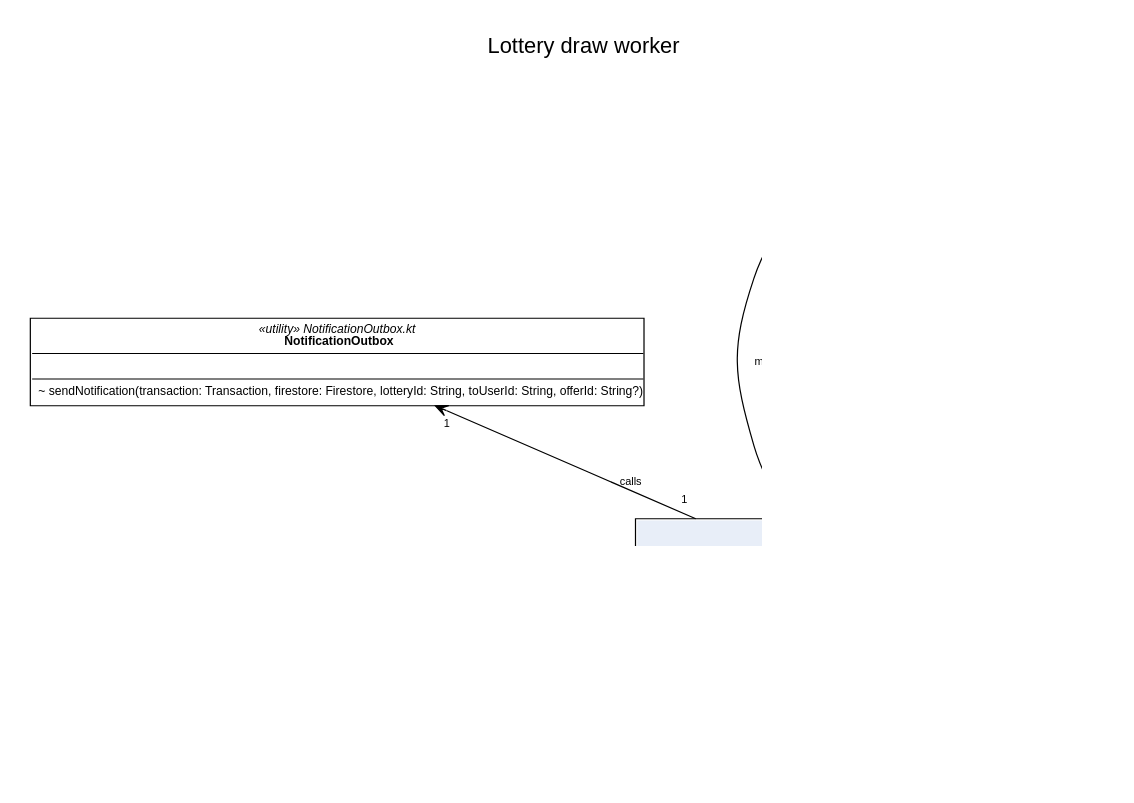
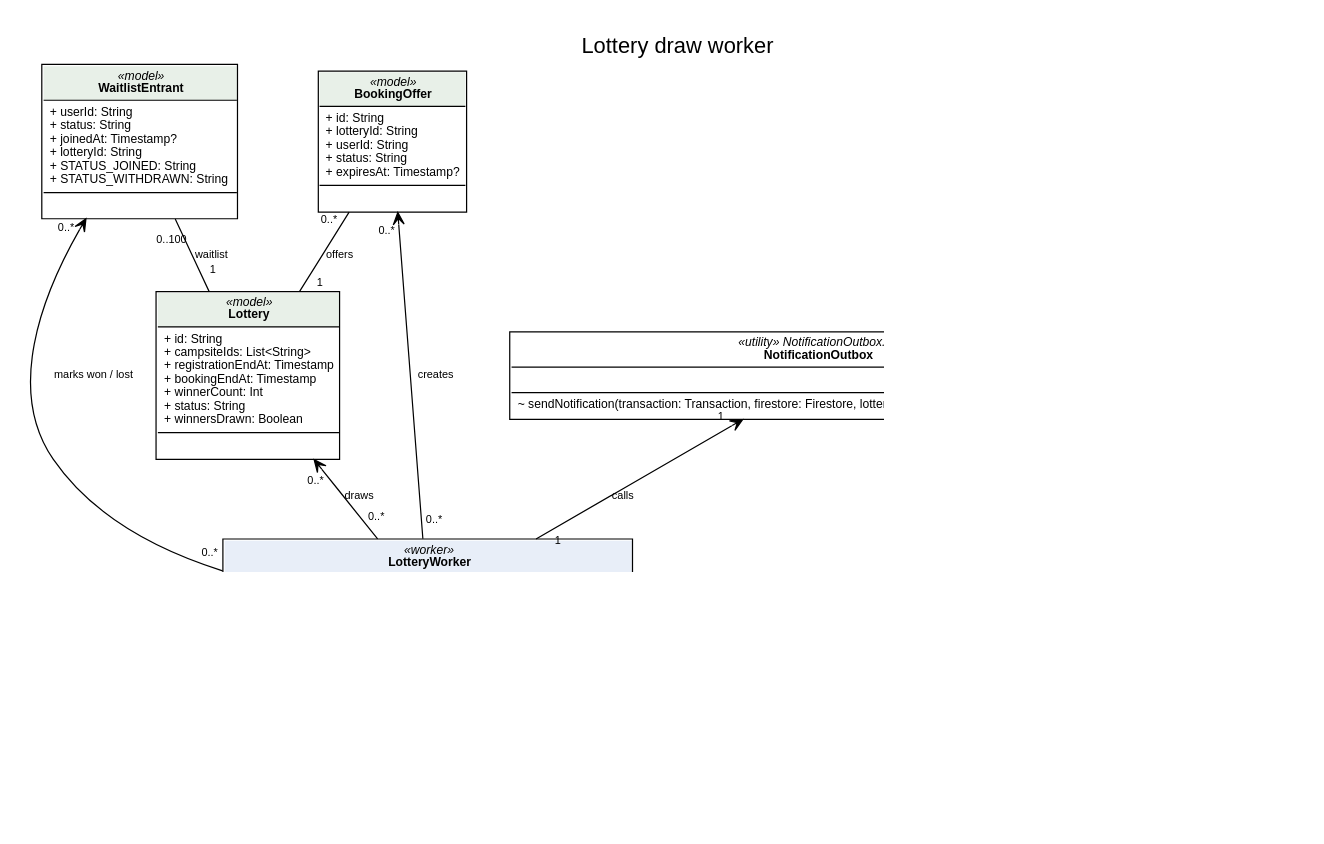
One commit to CMPUT301F26-legion/legion-events changed the diagram in doc/uml/lottery_worker.dot. Above: the diagram before and after it, drawn with Graphviz. The commit also changed 24 other files, not shown here.

Commit message:
Update UML and CRC cards for waitlist and notifications

```diff
--- a/doc/uml/lottery_worker.dot
+++ b/doc/uml/lottery_worker.dot
@@ -1,25 +1,29 @@
 // UML class diagram: lottery draw worker (Person 6)
 // Render with: python3 render.py lottery_worker.dot lottery_worker.png  (needs Graphviz and Google Chrome)
 digraph G {
   graph [rankdir=BT fontname="Liberation Sans" nodesep=0.5 ranksep=0.7 dpi=110 pad=0.3
          label="Lottery draw worker" labelloc=t fontsize=18];
   node  [shape=plain fontname="Liberation Sans" fontsize=10];
   edge  [fontname="Liberation Sans" fontsize=9 labeldistance=1.8 labelangle=35];
   // Notation: extends (hollow triangle), one-way navigability (open arrow), association (plain line),
   // aggregation (hollow diamond on the owner), composition (filled diamond on the owner).
   // taillabel = source multiplicity, headlabel = target multiplicity. Extends has none.
 
-  Main [label=<<TABLE BORDER="1" CELLBORDER="0" CELLSPACING="0" CELLPADDING="4"><TR><TD><I>«utility» Main.kt</I><BR/><B>Main</B></TD></TR><TR><TD ALIGN="LEFT" BALIGN="LEFT" SIDES="T" BORDER="1"> </TD></TR><TR><TD ALIGN="LEFT" BALIGN="LEFT" SIDES="T" BORDER="1">+ main()</TD></TR></TABLE>>];
+  Main [label=<<TABLE BORDER="1" CELLBORDER="0" CELLSPACING="0" CELLPADDING="4"><TR><TD><I>«utility» Main.kt</I><BR/><B>Main</B></TD></TR><TR><TD ALIGN="LEFT" BALIGN="LEFT" SIDES="T" BORDER="1"> </TD></TR><TR><TD ALIGN="LEFT" BALIGN="LEFT" SIDES="T" BORDER="1">+ main(args: Array&lt;String&gt;)<BR/>- sendLotteryPush(messaging: FirebaseMessaging, push: LotteryPush): Boolean</TD></TR></TABLE>>];
   LotteryWorker [label=<<TABLE BORDER="1" CELLBORDER="0" CELLSPACING="0" CELLPADDING="4"><TR><TD BGCOLOR="#e8eef8"><I>«worker»</I><BR/><B>LotteryWorker</B></TD></TR><TR><TD ALIGN="LEFT" BALIGN="LEFT" SIDES="T" BORDER="1">- firestore: Firestore<BR/>- MAX_WAITLIST_LIMIT = 100</TD></TR><TR><TD ALIGN="LEFT" BALIGN="LEFT" SIDES="T" BORDER="1">+ drawDueLotteries(cutoff: Timestamp): Int<BR/>- drawLottery(reference: DocumentReference, cutoff: Timestamp): Boolean<BR/>- DocumentSnapshot.isDue(cutoff: Timestamp): Boolean</TD></TR></TABLE>>];
   NotificationOutbox [label=<<TABLE BORDER="1" CELLBORDER="0" CELLSPACING="0" CELLPADDING="4"><TR><TD><I>«utility» NotificationOutbox.kt</I><BR/><B>NotificationOutbox</B></TD></TR><TR><TD ALIGN="LEFT" BALIGN="LEFT" SIDES="T" BORDER="1"> </TD></TR><TR><TD ALIGN="LEFT" BALIGN="LEFT" SIDES="T" BORDER="1">~ sendNotification(transaction: Transaction, firestore: Firestore, lotteryId: String, toUserId: String, offerId: String?)</TD></TR></TABLE>>];
   Lottery [label=<<TABLE BORDER="1" CELLBORDER="0" CELLSPACING="0" CELLPADDING="4"><TR><TD BGCOLOR="#e8f0e8"><I>«model»</I><BR/><B>Lottery</B></TD></TR><TR><TD ALIGN="LEFT" BALIGN="LEFT" SIDES="T" BORDER="1">+ id: String<BR/>+ campsiteIds: List&lt;String&gt;<BR/>+ registrationEndAt: Timestamp<BR/>+ bookingEndAt: Timestamp<BR/>+ winnerCount: Int<BR/>+ status: String<BR/>+ winnersDrawn: Boolean</TD></TR><TR><TD ALIGN="LEFT" BALIGN="LEFT" SIDES="T" BORDER="1"> </TD></TR></TABLE>>];
-  WaitlistEntrant [label=<<TABLE BORDER="1" CELLBORDER="0" CELLSPACING="0" CELLPADDING="4"><TR><TD BGCOLOR="#e8f0e8"><I>«model»</I><BR/><B>WaitlistEntrant</B></TD></TR><TR><TD ALIGN="LEFT" BALIGN="LEFT" SIDES="T" BORDER="1">+ userId: String<BR/>+ status: String<BR/>+ joinedAt: Timestamp?</TD></TR><TR><TD ALIGN="LEFT" BALIGN="LEFT" SIDES="T" BORDER="1"> </TD></TR></TABLE>>];
+  WaitlistEntrant [label=<<TABLE BORDER="1" CELLBORDER="0" CELLSPACING="0" CELLPADDING="4"><TR><TD BGCOLOR="#e8f0e8"><I>«model»</I><BR/><B>WaitlistEntrant</B></TD></TR><TR><TD ALIGN="LEFT" BALIGN="LEFT" SIDES="T" BORDER="1">+ userId: String<BR/>+ status: String<BR/>+ joinedAt: Timestamp?<BR/>+ lotteryId: String<BR/>+ STATUS_JOINED: String<BR/>+ STATUS_WITHDRAWN: String</TD></TR><TR><TD ALIGN="LEFT" BALIGN="LEFT" SIDES="T" BORDER="1"> </TD></TR></TABLE>>];
   BookingOffer [label=<<TABLE BORDER="1" CELLBORDER="0" CELLSPACING="0" CELLPADDING="4"><TR><TD BGCOLOR="#e8f0e8"><I>«model»</I><BR/><B>BookingOffer</B></TD></TR><TR><TD ALIGN="LEFT" BALIGN="LEFT" SIDES="T" BORDER="1">+ id: String<BR/>+ lotteryId: String<BR/>+ userId: String<BR/>+ status: String<BR/>+ expiresAt: Timestamp?</TD></TR><TR><TD ALIGN="LEFT" BALIGN="LEFT" SIDES="T" BORDER="1"> </TD></TR></TABLE>>];
+  NotificationDelivery [label=<<TABLE BORDER="1" CELLBORDER="0" CELLSPACING="0" CELLPADDING="4"><TR><TD BGCOLOR="#e8eef8"><I>«worker»</I><BR/><B>NotificationDelivery</B></TD></TR><TR><TD ALIGN="LEFT" BALIGN="LEFT" SIDES="T" BORDER="1">- firestore: Firestore<BR/>- sendPush: (LotteryPush) -&gt; Boolean</TD></TR><TR><TD ALIGN="LEFT" BALIGN="LEFT" SIDES="T" BORDER="1">+ deliverPending(): Int<BR/>- prepare(reference: DocumentReference): Prepared<BR/>- finish(reference: DocumentReference, claimId: String, status: String)<BR/>- deliveryFields(status: String): Map&lt;String, Any&gt;</TD></TR></TABLE>>];
+  LotteryPush [label=<<TABLE BORDER="1" CELLBORDER="0" CELLSPACING="0" CELLPADDING="4"><TR><TD><B>LotteryPush</B></TD></TR><TR><TD ALIGN="LEFT" BALIGN="LEFT" SIDES="T" BORDER="1">+ eventId: String<BR/>+ userId: String<BR/>+ type: String<BR/>+ token: String<BR/>+ claimId: String</TD></TR><TR><TD ALIGN="LEFT" BALIGN="LEFT" SIDES="T" BORDER="1"> </TD></TR></TABLE>>];
+  Main -> NotificationDelivery [arrowhead=vee label="creates" taillabel="1" headlabel="0..1"];
+  NotificationDelivery -> LotteryPush [arrowhead=vee label="sends" taillabel="1" headlabel="0..*"];
   Main -> LotteryWorker [arrowhead=vee label="creates" taillabel="1" headlabel="1"];
   LotteryWorker -> Lottery [arrowhead=vee label="draws" taillabel="0..*" headlabel="0..*"];
   LotteryWorker -> WaitlistEntrant [arrowhead=vee label="marks won / lost" taillabel="0..*" headlabel="0..*"];
   LotteryWorker -> BookingOffer [arrowhead=vee label="creates" taillabel="0..*" headlabel="0..*"];
   LotteryWorker -> NotificationOutbox [arrowhead=vee label="calls" taillabel="1" headlabel="1"];
   Lottery -> WaitlistEntrant [arrowhead=none label="waitlist" taillabel="1" headlabel="0..100"];
   Lottery -> BookingOffer [arrowhead=none label="offers" taillabel="1" headlabel="0..*"];
 }
```
